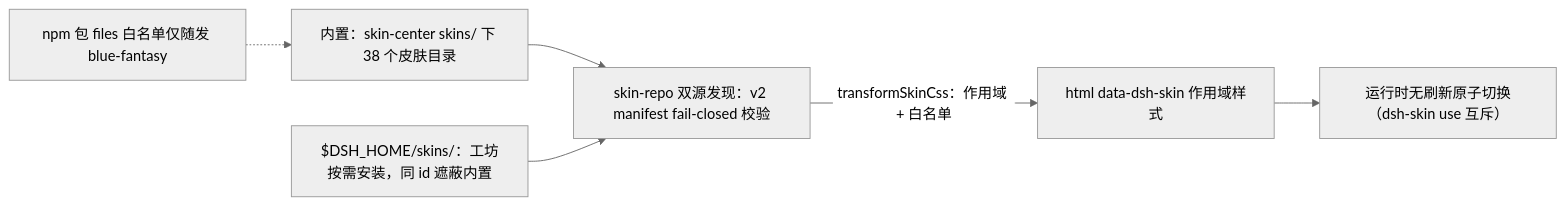
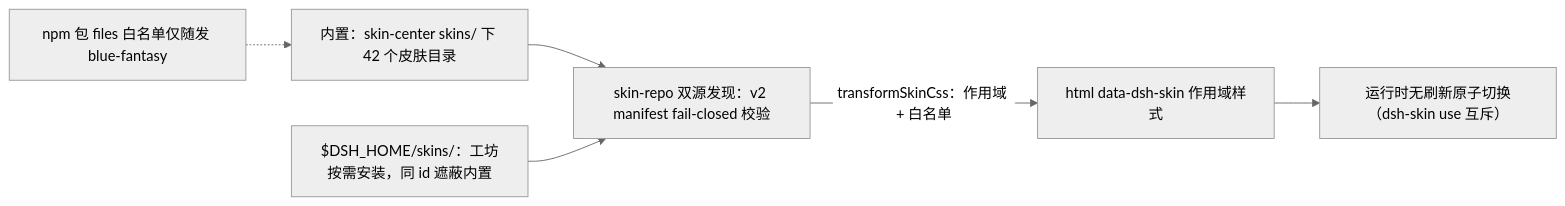
Before and after one commit to DDDMUC/dsh-web-ui: the sixth of 9 diagrams in docs/architecture.md, drawn with Mermaid (neutral theme). The commit also changed other lines of this file, not shown here.

Commit message:
docs(architecture): correct the built-in skin count to 42

````diff
--- a/docs/architecture.md
+++ b/docs/architecture.md
@@ -107,8 +107,8 @@
 ```mermaid
 flowchart LR
-    B["内置：skin-center skins/ 下 38 个皮肤目录"] --> R["skin-repo 双源发现：v2 manifest fail-closed 校验"]
+    B["内置：skin-center skins/ 下 42 个皮肤目录"] --> R["skin-repo 双源发现：v2 manifest fail-closed 校验"]
     U["$DSH_HOME/skins/：工坊按需安装，同 id 遮蔽内置"] --> R
     R -- "transformSkinCss：作用域 + 白名单" --> CSS["html data-dsh-skin 作用域样式"]
     CSS --> SW["运行时无刷新原子切换（dsh-skin use 互斥）"]
     N["npm 包 files 白名单仅随发 blue-fantasy"] -.-> B
 ```
````
